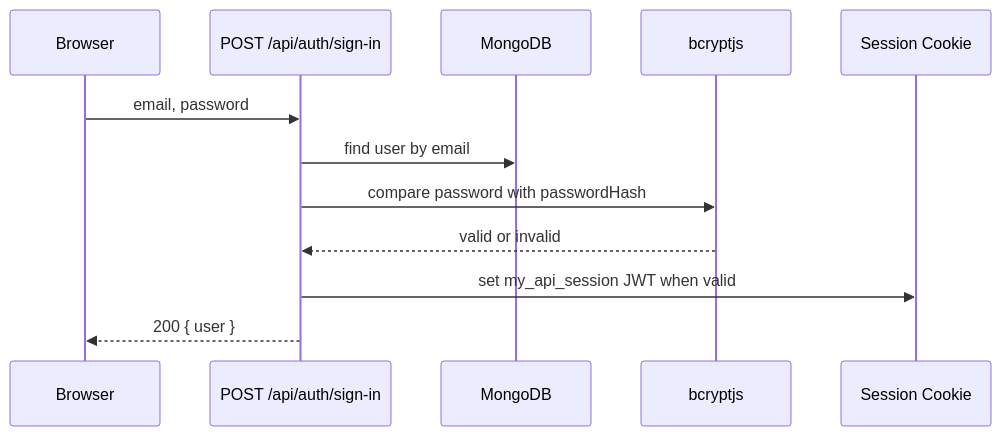
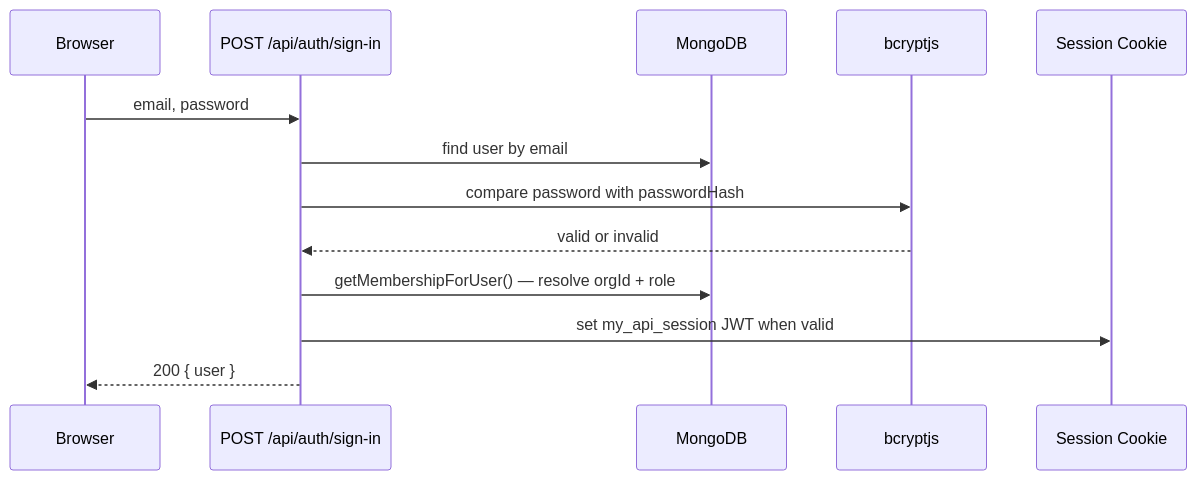
One commit to el-esnawy/my-api changed the second of 3 diagrams in dev-docs/auth-and-security.md. Above: the diagram before and after it, drawn with Mermaid. The commit also changed other lines of this file and 90 other files, not shown here.

````diff
--- a/dev-docs/auth-and-security.md
+++ b/dev-docs/auth-and-security.md
@@ -53,15 +64,16 @@
 ```mermaid
 sequenceDiagram
   participant Browser
   participant Route as POST /api/auth/sign-in
   participant Mongo as MongoDB
   participant Bcrypt as bcryptjs
   participant Cookie as Session Cookie
 
   Browser->>Route: email, password
   Route->>Mongo: find user by email
   Route->>Bcrypt: compare password with passwordHash
   Bcrypt-->>Route: valid or invalid
+  Route->>Mongo: getMembershipForUser() — resolve orgId + role
   Route->>Cookie: set my_api_session JWT when valid
   Route-->>Browser: 200 { user }
 ```
````
